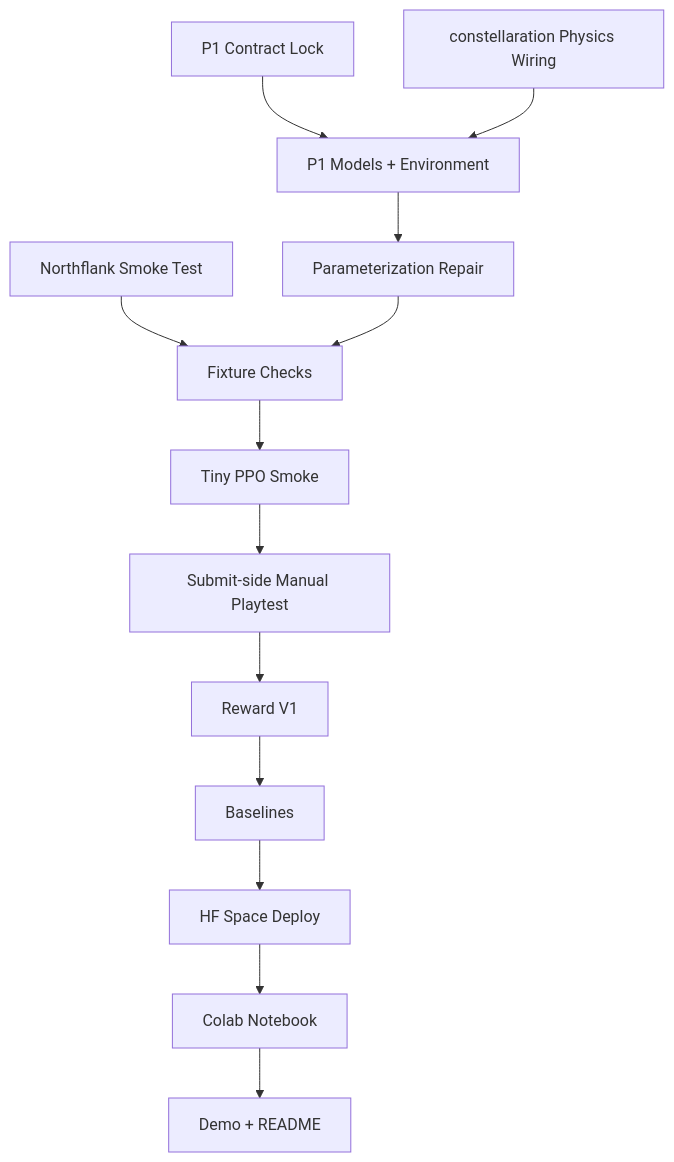
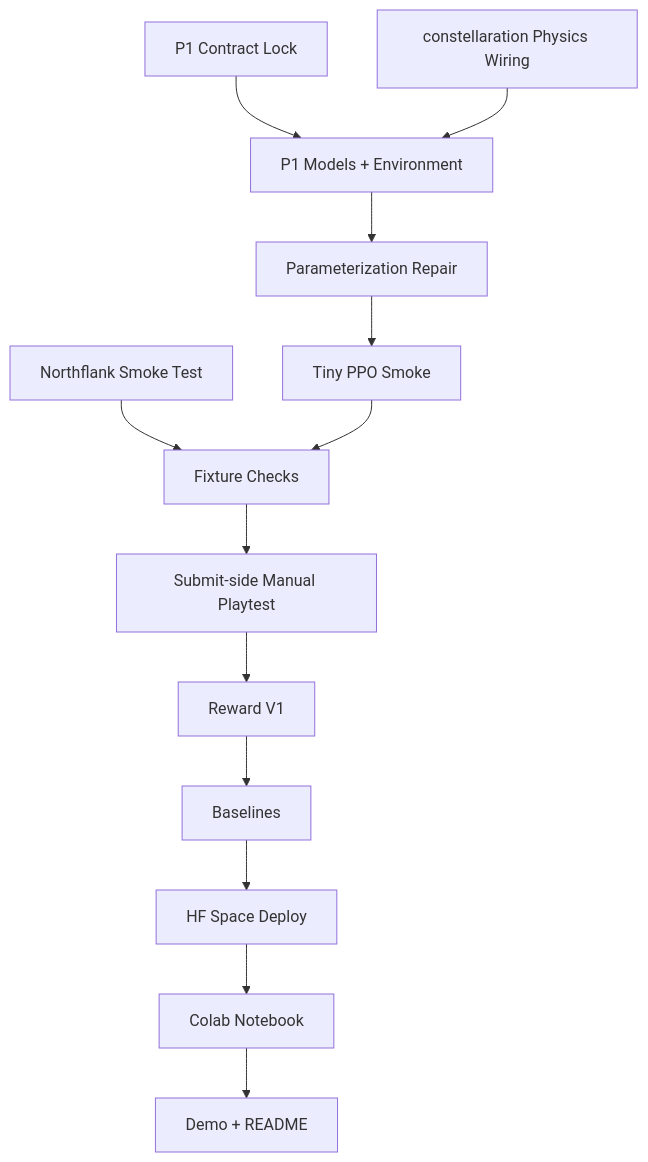
The diagram in TODO.md (jungdaesuh/fusion-design-lab), drawn with Mermaid before and after one commit. The commit also changed other lines of this file and 6 other files, not shown here.

````diff
--- a/TODO.md
+++ b/TODO.md
@@ -51,15 +51,15 @@
 ```mermaid
 flowchart TD
     A["Northflank Smoke Test"] --> E["Fixture Checks"]
     B["P1 Contract Lock"] --> D["P1 Models + Environment"]
     C["constellaration Physics Wiring"] --> D
     D --> P["Parameterization Repair"]
-    P --> E["Fixture Checks"]
-    E --> F["Tiny PPO Smoke"]
-    F --> G["Submit-side Manual Playtest"]
+    P --> F["Tiny PPO Smoke"]
+    F --> E["Fixture Checks"]
+    E --> G["Submit-side Manual Playtest"]
     G --> H["Reward V1"]
     H --> I["Baselines"]
     I --> J["HF Space Deploy"]
     J --> K["Colab Notebook"]
     K --> L["Demo + README"]
 ```
````
